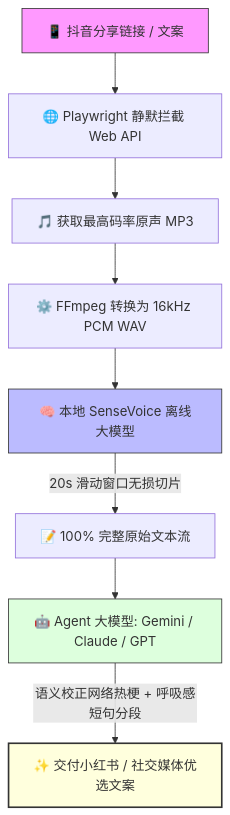
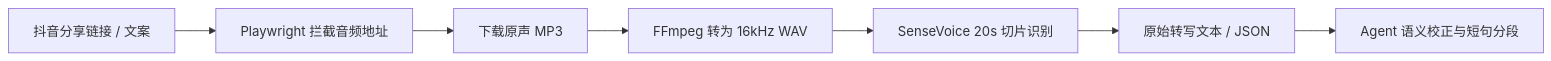
Before and after one commit to AayuBal/ayubal-douyin-transcribe: the diagram in README.md, drawn with Mermaid. The commit also changed other lines of this file and 1 other file, not shown here.

````diff
--- a/README.md
+++ b/README.md
@@ -37,15 +13,9 @@
 ```mermaid
-flowchart TD
-    A[📱 抖音分享链接 / 文案] --> B[🌐 Playwright 静默拦截 Web API]
-    B --> C[🎵 获取最高码率原声 MP3]
-    C --> D[⚙️ FFmpeg 转换为 16kHz PCM WAV]
-    D --> E[🧠 本地 SenseVoice 离线大模型]
-    E -->|20s 滑动窗口无损切片| F[📝 100% 完整原始文本流]
-    F --> G[🤖 Agent 大模型: Gemini / Claude / GPT]
-    G -->|语义校正网络热梗 + 呼吸感短句分段| H[✨ 交付小红书 / 社交媒体优选文案]
-
-    style A fill:#f9f,stroke:#333,stroke-width:1px
-    style E fill:#bbf,stroke:#333,stroke-width:1px
-    style G fill:#dfd,stroke:#333,stroke-width:1px
-    style H fill:#ffd,stroke:#333,stroke-width:2px
+flowchart LR
+    A[抖音分享链接 / 文案] --> B[Playwright 拦截音频地址]
+    B --> C[下载原声 MP3]
+    C --> D[FFmpeg 转为 16kHz WAV]
+    D --> E[SenseVoice 20s 切片识别]
+    E --> F[原始转写文本 / JSON]
+    F --> G[Agent 语义校正与短句分段]
 ```
````
